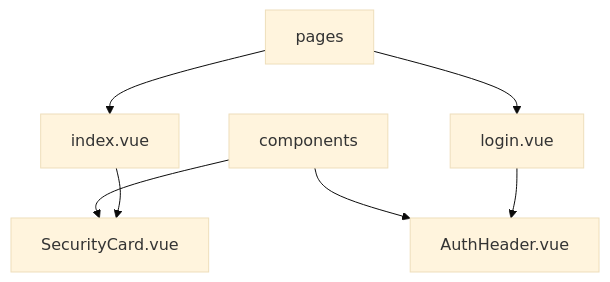
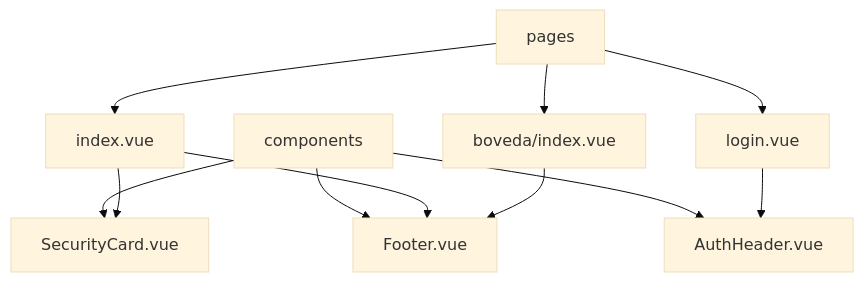
Before and after one commit to Giankrp/Alcatraz: the diagram in app/README.md, drawn with Mermaid (base theme). The commit also changed other lines of this file and 4 other files, not shown here.

````diff
--- a/app/README.md
+++ b/app/README.md
@@ -22,9 +24,13 @@
 ```mermaid
 flowchart TD
   P[pages] --> I[index.vue]
   P --> L[login.vue]
+  P --> V[boveda/index.vue]
   C[components] --> AH[AuthHeader.vue]
   C --> SC[SecurityCard.vue]
+  C --> FT[Footer.vue]
   L --> AH
   I --> SC
+  I --> FT
+  V --> FT
 ```
````
